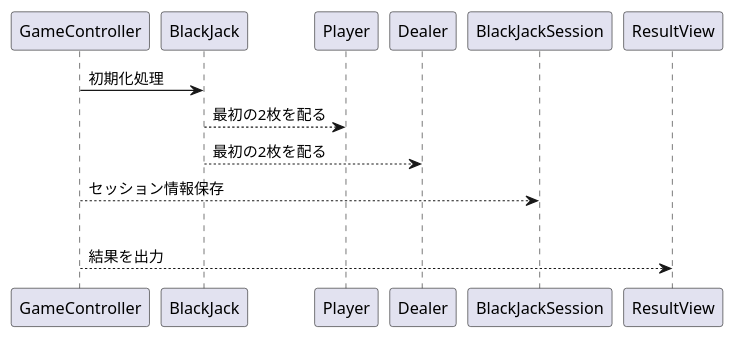
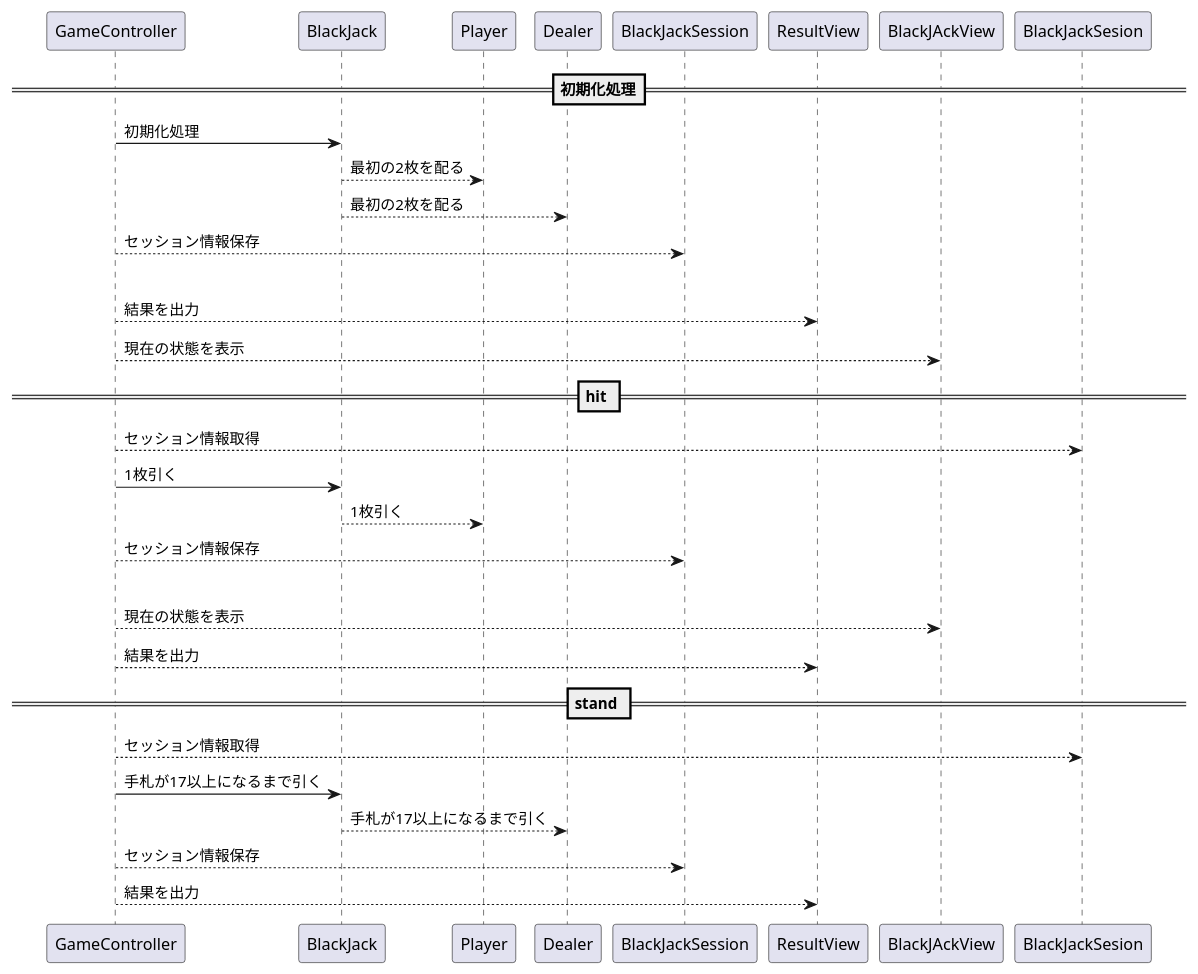
One commit to yuutoabe/web-java3 changed the diagram in doc/BlackJack.puml. Above: the diagram before and after it, drawn with PlantUML.

Commit message:
古いバージョンのCocファイルを最新の状態に更新

```diff
--- a/doc/BlackJack.puml
+++ b/doc/BlackJack.puml
@@ -1,8 +1,29 @@
 @startuml
+== 初期化処理==
 GameController -> BlackJack: 初期化処理
 BlackJack --> Player: 最初の2枚を配る
 BlackJack --> Dealer: 最初の2枚を配る
 GameController --> BlackJackSession: セッション情報保存
 alt Blackjack
     GameController --> ResultView :結果を出力
+else
+    GameController --> BlackJAckView:現在の状態を表示
+
+== hit ==
+GameController --> BlackJackSesion: セッション情報取得
+GameController -> BlackJack: 1枚引く
+BlackJack --> Player: 1枚引く
+GameController --> BlackJackSession: セッション情報保存
+alt 手札 < 21
+    GameController --> BlackJAckView:現在の状態を表示
+else
+    GameController --> ResultView :結果を出力
+
+== stand ==
+GameController --> BlackJackSesion: セッション情報取得
+GameController -> BlackJack: 手札が17以上になるまで引く
+BlackJack --> Dealer: 手札が17以上になるまで引く
+GameController --> BlackJackSession: セッション情報保存
+GameController --> ResultView :結果を出力
+
 @enduml
```
